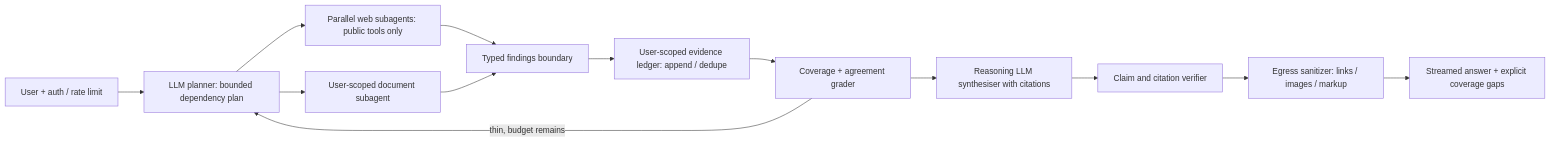
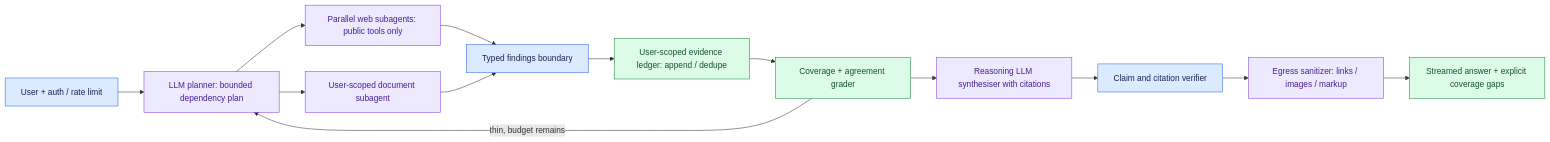
The diagram in site/content/modules/15-fde-case-studies/knowledge-retrieval/deep-research-agent/main.md (Sourav692/Forward-Deployed-Engineer-Interview-Prep), drawn with Mermaid before and after one commit. The commit also changed 1268 other files, not shown here.

First line of the commit message:
content: polish Casebook writing and Mermaid diagrams (#251)

````diff
--- a/site/content/modules/15-fde-case-studies/knowledge-retrieval/deep-research-agent/main.md
+++ b/site/content/modules/15-fde-case-studies/knowledge-retrieval/deep-research-agent/main.md
@@ -74,15 +74,23 @@
 ```mermaid
 flowchart LR
   U[User + auth / rate limit] --> P[LLM planner: bounded dependency plan]
   P --> W[Parallel web subagents: public tools only]
   P --> D[User-scoped document subagent]
   W --> T[Typed findings boundary]
   D --> T
   T --> L[User-scoped evidence ledger: append / dedupe]
   L --> G[Coverage + agreement grader]
   G -->|thin, budget remains| P
   G --> Y[Reasoning LLM synthesiser with citations]
   Y --> V[Claim and citation verifier]
   V --> E[Egress sanitizer: links / images / markup]
   E --> O[Streamed answer + explicit coverage gaps]
+
+    %% Casebook colours: entry, reasoning, results, controls, and stopped paths.
+    classDef cbInput fill:#dbeafe,stroke:#2563eb,color:#172554
+    class U,T,V cbInput
+    classDef cbReason fill:#ede9fe,stroke:#7c3aed,color:#4c1d95
+    class P,W,D,Y,E cbReason
+    classDef cbAction fill:#dcfce7,stroke:#15803d,color:#14532d
+    class L,G,O cbAction
 ```
````
